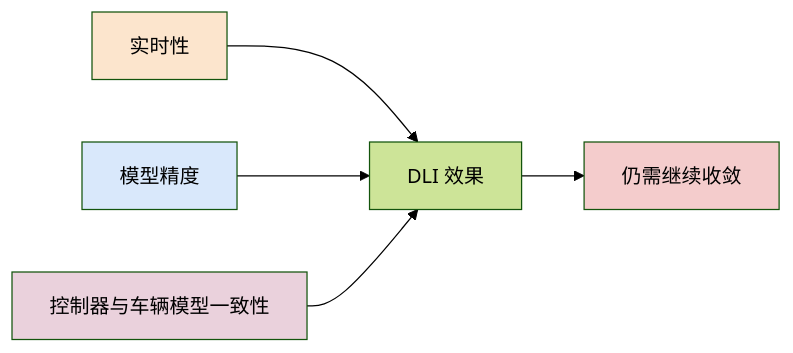
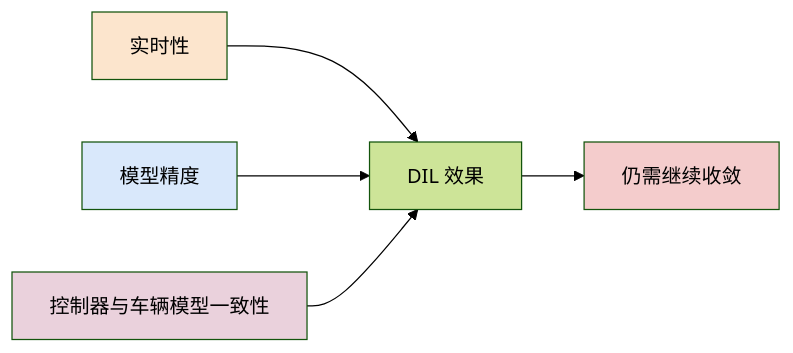
One commit to onebulletkick/Control_EVO_FSAE_CN changed the eighth of 15 diagrams in DYC_设计流程说明.md. Above: the diagram before and after it, drawn with Mermaid (forest theme). The commit also changed other lines of this file and 7 other files, not shown here.

Commit message:
docs(readme): add quickstart diagrams

````diff
--- a/DYC_设计流程说明.md
+++ b/DYC_设计流程说明.md
@@ -218,13 +218,13 @@
 ```mermaid
 flowchart LR
-    rt["实时性"] --> quality["DLI 效果"]
+    rt["实时性"] --> quality["DIL 效果"]
     acc["模型精度"] --> quality
     couple["控制器与车辆模型一致性"] --> quality
 
     quality --> result["仍需继续收敛"]
 
     style rt fill:#fce5cd
     style acc fill:#d9e8fb
     style couple fill:#ead1dc
     style result fill:#f4cccc
 ```
````
